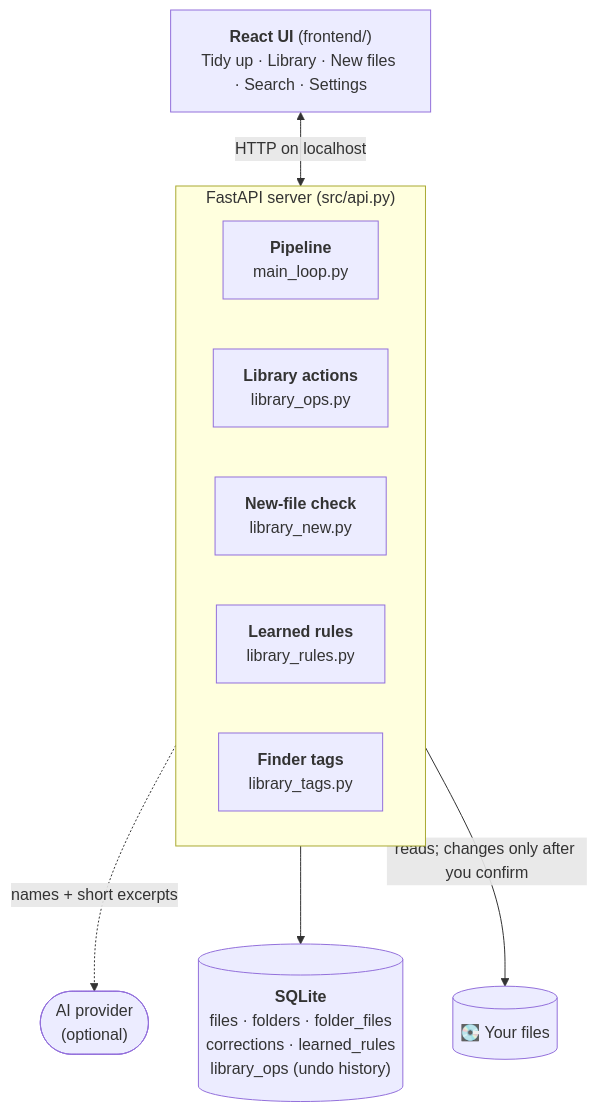
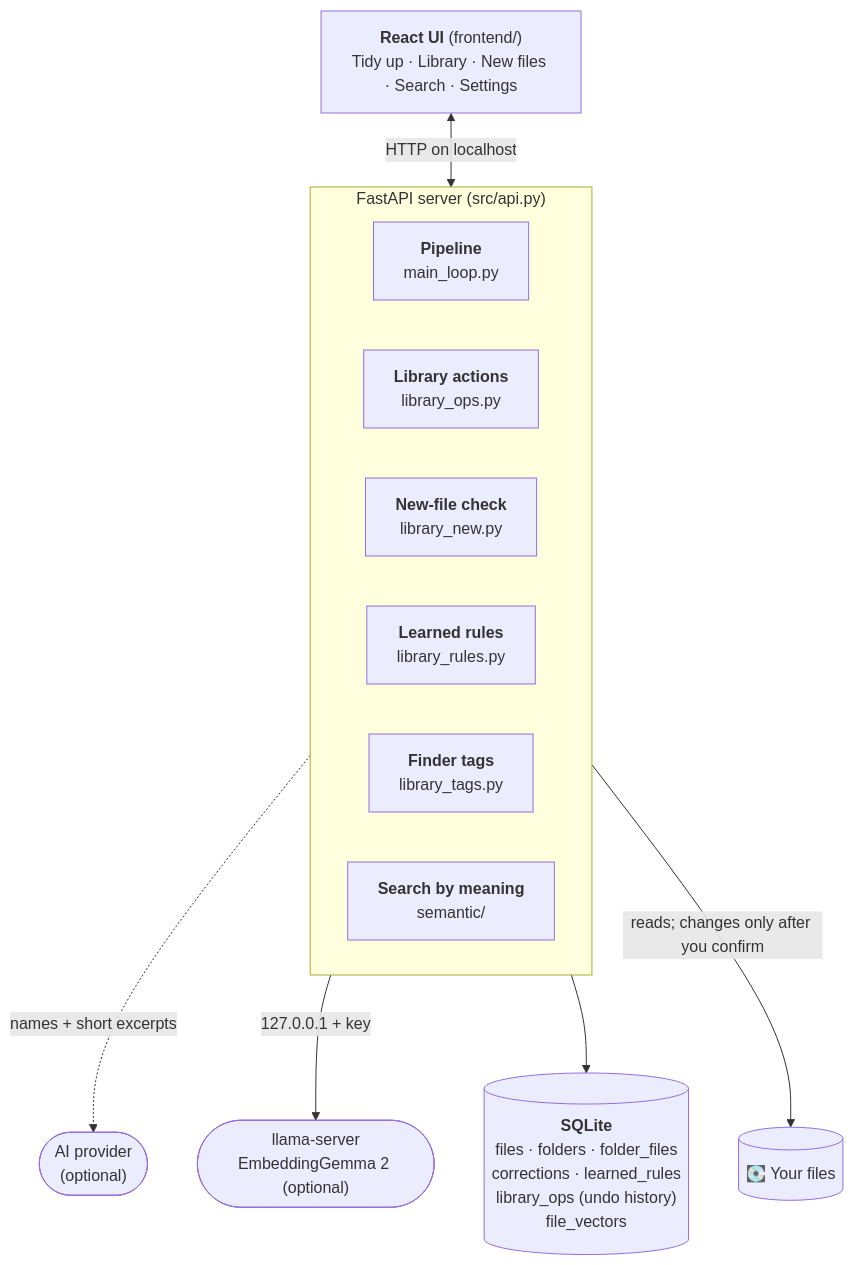
One commit to DEVJHAWAR11/Tidyflow changed the fifth of 6 diagrams in README.md. Above: the diagram before and after it, drawn with Mermaid. The commit also changed other lines of this file, not shown here.

Commit message:
docs: describe search by meaning in the README

````diff
--- a/README.md
+++ b/README.md
@@ -286,16 +296,18 @@
 ```mermaid
 flowchart TB
     UI["<b>React UI</b> (frontend/)<br/>Tidy up · Library · New files · Search · Settings"]
     UI <-- "HTTP on localhost" --> API
     subgraph API["FastAPI server (src/api.py)"]
         direction LR
         P["<b>Pipeline</b><br/>main_loop.py"]
         LO["<b>Library actions</b><br/>library_ops.py"]
         NW["<b>New-file check</b><br/>library_new.py"]
         RL["<b>Learned rules</b><br/>library_rules.py"]
         TG["<b>Finder tags</b><br/>library_tags.py"]
+        SM["<b>Search by meaning</b><br/>semantic/"]
     end
     P -. "names + short excerpts" .-> AI(["AI provider<br/>(optional)"])
-    API --> DB[("<b>SQLite</b><br/>files · folders · folder_files<br/>corrections · learned_rules<br/>library_ops (undo history)")]
+    SM -- "127.0.0.1 + key" --> LL(["llama-server<br/>EmbeddingGemma 2 (optional)"])
+    API --> DB[("<b>SQLite</b><br/>files · folders · folder_files<br/>corrections · learned_rules<br/>library_ops (undo history)<br/>file_vectors")]
     API -- "reads; changes only after you confirm" --> FS[("💽 Your files")]
 ```
````
